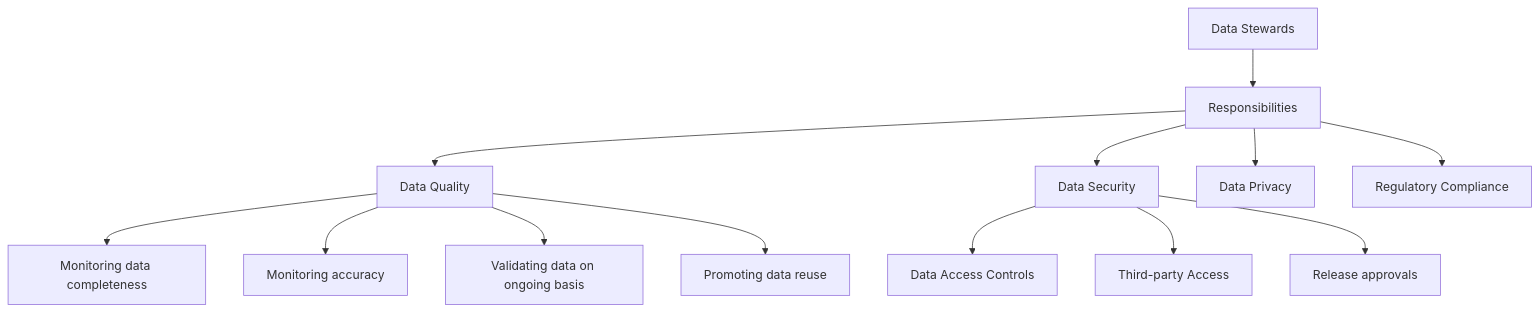
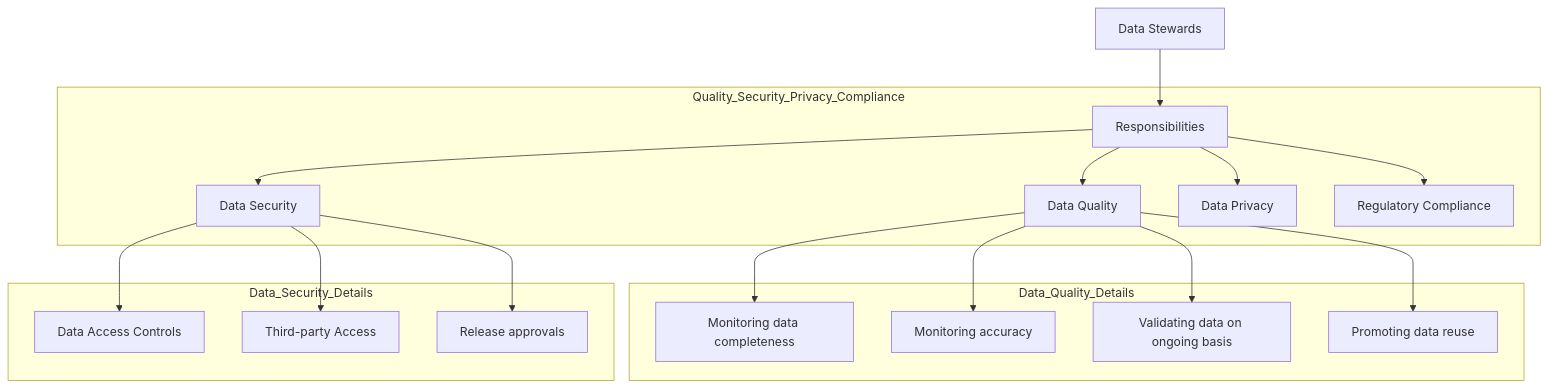
The third of 3 diagrams in Governance/Governance.MD (shyamsunderrai/DMC), drawn with Mermaid before and after one commit.

````diff
--- a/Governance/Governance.MD
+++ b/Governance/Governance.MD
@@ -45,16 +45,25 @@
 ```mermaid
 graph TD
     A[Data Stewards]
     A --> B[Responsibilities]
-    B --> C[Data Quality]
-    B --> D[Data Security]
-    B --> L[Data Privacy]
-    B --> M[Regulatory Compliance]
-    C --> E[Monitoring data completeness]
-    C --> F[Monitoring accuracy]
-    C --> G[Validating data on ongoing basis]
-    C --> H[Promoting data reuse]
-    D --> I[Data Access Controls]
-    D --> J[Third-party Access]
-    D --> K[Release approvals]   
+
+    subgraph Quality_Security_Privacy_Compliance
+        B --> C[Data Quality]
+        B --> D[Data Security]
+        B --> L[Data Privacy]
+        B --> M[Regulatory Compliance]
+    end
+
+    subgraph Data_Quality_Details
+        C --> E[Monitoring data completeness]
+        C --> F[Monitoring accuracy]
+        C --> G[Validating data on ongoing basis]
+        C --> H[Promoting data reuse]
+    end
+
+    subgraph Data_Security_Details
+        D --> I[Data Access Controls]
+        D --> J[Third-party Access]
+        D --> K[Release approvals]
+    end
 ```
````
